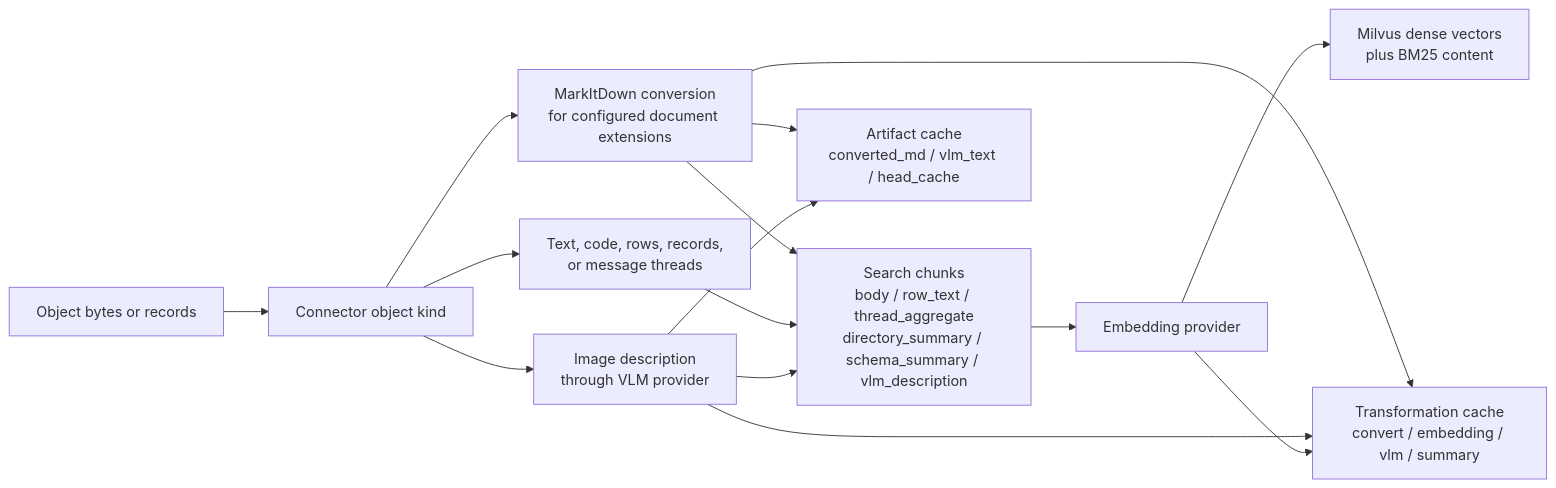
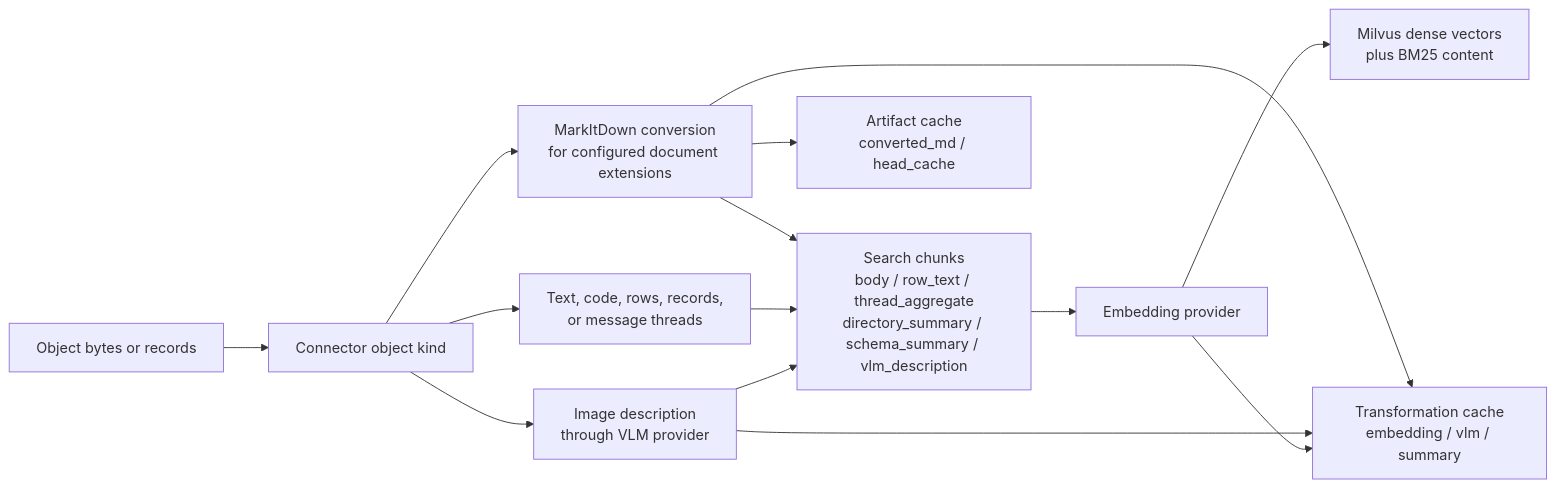
Before and after one commit to zilliztech/mfs: the diagram in docs/providers.md, drawn with Mermaid. The commit also changed 13 other files, not shown here.

First line of the commit message:
cache split: convert in the artifact cache, models in the transformation cache

````diff
--- a/docs/providers.md
+++ b/docs/providers.md
@@ -150,25 +150,24 @@
 ```mermaid
 flowchart LR
   source["Object bytes or records"]
   classify["Connector object kind"]
   convert["MarkItDown conversion<br/>for configured document extensions"]
   text["Text, code, rows, records,<br/>or message threads"]
   vlm["Image description<br/>through VLM provider"]
   chunks["Search chunks<br/>body / row_text / thread_aggregate<br/>directory_summary / schema_summary / vlm_description"]
   embed["Embedding provider"]
   index["Milvus dense vectors<br/>plus BM25 content"]
-  artifacts["Artifact cache<br/>converted_md / vlm_text / head_cache"]
-  txcache["Transformation cache<br/>convert / embedding / vlm / summary"]
+  artifacts["Artifact cache<br/>converted_md / head_cache"]
+  txcache["Transformation cache<br/>embedding / vlm / summary"]
 
   source --> classify
   classify --> convert --> chunks
   classify --> text --> chunks
   classify --> vlm --> chunks
   convert --> artifacts
-  vlm --> artifacts
   chunks --> embed
   embed --> index
   convert --> txcache
   vlm --> txcache
   embed --> txcache
 ```
````
